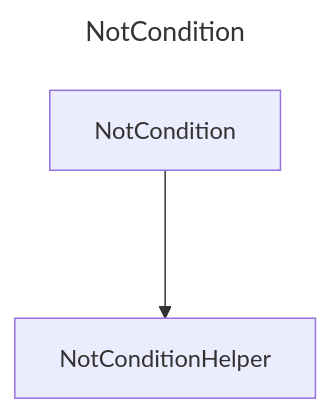
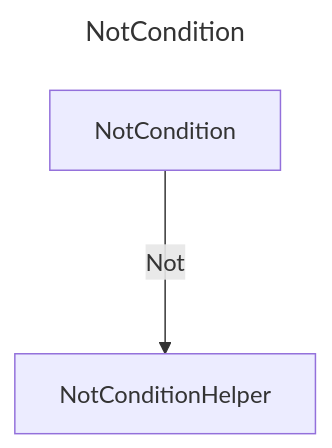
One commit to douglassimonsen/pbi_core changed the diagram in docs/docs/layout/erd/NotCondition.md. Above: the diagram before and after it, drawn with Mermaid. The commit also changed 77 other files, not shown here.

Commit message:
Updated to color code the layout ERD

````diff
--- a/docs/docs/layout/erd/NotCondition.md
+++ b/docs/docs/layout/erd/NotCondition.md
@@ -1,9 +1,9 @@
 ```mermaid
 ---
 title: NotCondition
 ---
 graph 
-2721642085280["NotConditionHelper"]
-2721642084304["NotCondition"]
-2721642084304 ---> 2721642085280
+2430071880224["NotCondition"]
+2430071877296["NotConditionHelper"]
+2430071880224 --->|Not| 2430071877296
 ```
````
